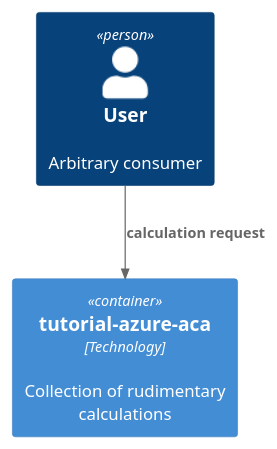
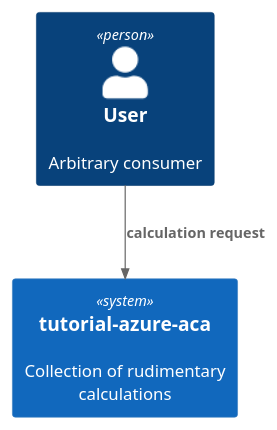
Before and after one commit to graeme-lockley/tutorial-azure-aca: the diagram in docs/context.puml, drawn with PlantUML. The commit also changed 2 other files, not shown here.

Commit message:
doc: add system-tutorial-azure-aca

```diff
--- a/docs/context.puml
+++ b/docs/context.puml
@@ -1,9 +1,9 @@
 @startuml
-!include https://raw.githubusercontent.com/plantuml-stdlib/C4-PlantUML/master/C4_Container.puml
+!include https://raw.githubusercontent.com/plantuml-stdlib/C4-PlantUML/master/C4_Context.puml
 
 Person(personUser, "User", "Arbitrary consumer")
-Container(containerAlias, "tutorial-azure-aca", "Technology", "Collection of rudimentary calculations")
+System(systemAlias, "tutorial-azure-aca", "Collection of rudimentary calculations")
 
-Rel(personUser, containerAlias, "calculation request")
+Rel(personUser, systemAlias, "calculation request")
 
 @enduml
```
